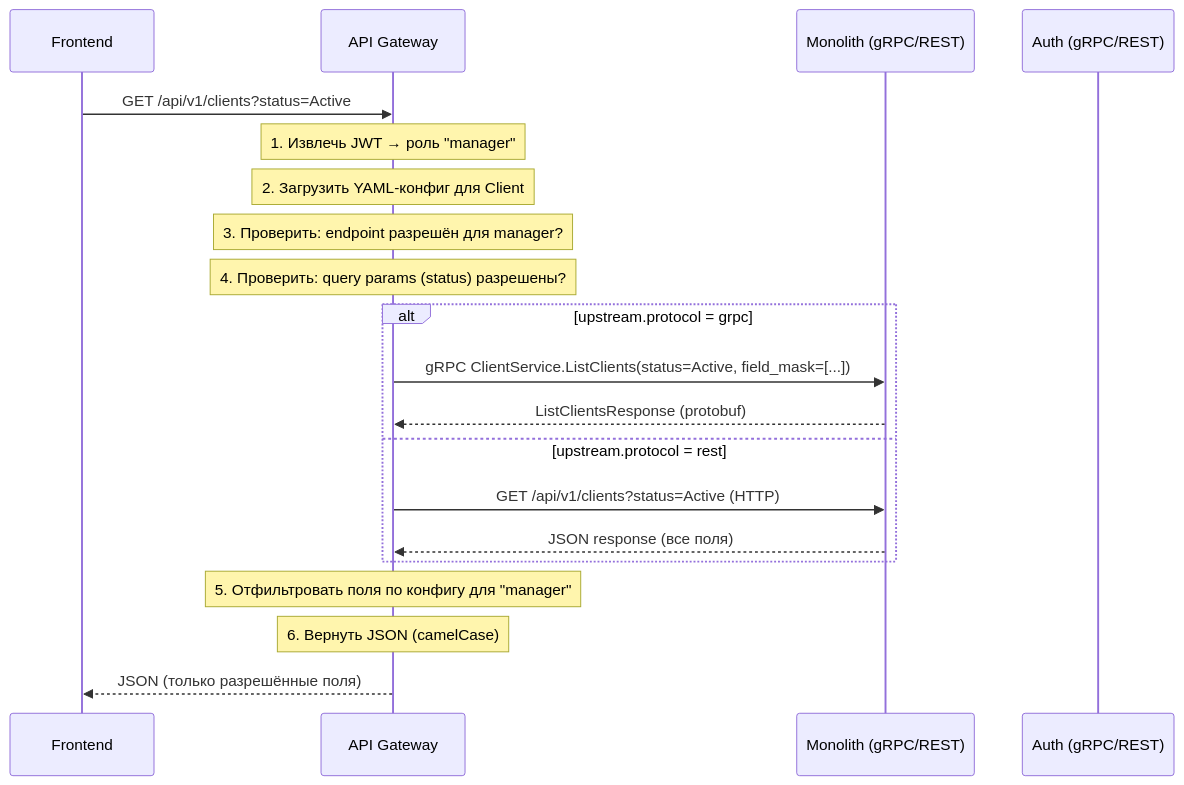
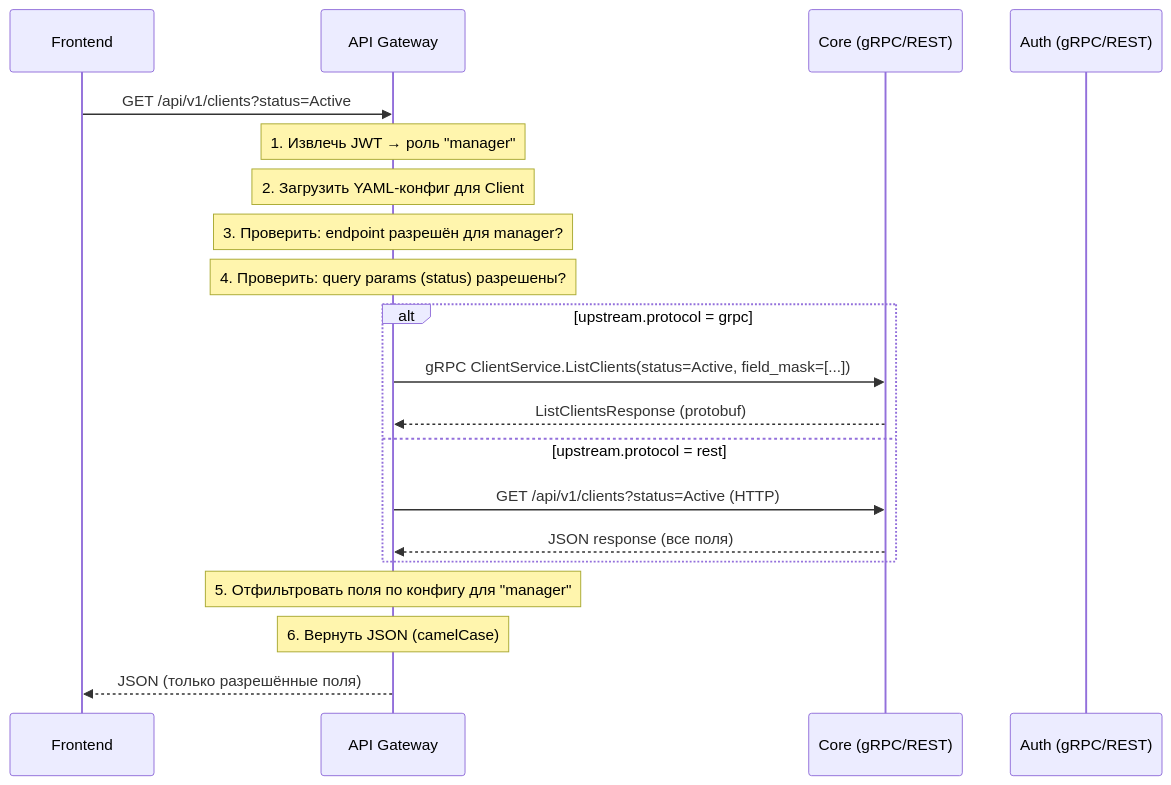
One commit to bebeleeloo/backoffice changed the first of 2 diagrams in docs/architecture/10-api-gateway.md. Above: the diagram before and after it, drawn with Mermaid. The commit also changed other lines of this file and 70 other files, not shown here.

````diff
--- a/docs/architecture/10-api-gateway.md
+++ b/docs/architecture/10-api-gateway.md
@@ -58,23 +58,23 @@
 ```mermaid
 sequenceDiagram
     participant FE as Frontend
     participant GW as API Gateway
-    participant M as Monolith (gRPC/REST)
+    participant M as Core (gRPC/REST)
     participant A as Auth (gRPC/REST)
 
     FE->>GW: GET /api/v1/clients?status=Active
     Note over GW: 1. Извлечь JWT → роль "manager"
     Note over GW: 2. Загрузить YAML-конфиг для Client
     Note over GW: 3. Проверить: endpoint разрешён для manager?
     Note over GW: 4. Проверить: query params (status) разрешены?
     alt upstream.protocol = grpc
         GW->>M: gRPC ClientService.ListClients(status=Active, field_mask=[...])
         M-->>GW: ListClientsResponse (protobuf)
     else upstream.protocol = rest
         GW->>M: GET /api/v1/clients?status=Active (HTTP)
         M-->>GW: JSON response (все поля)
     end
     Note over GW: 5. Отфильтровать поля по конфигу для "manager"
     Note over GW: 6. Вернуть JSON (camelCase)
     GW-->>FE: JSON (только разрешённые поля)
 ```
````
